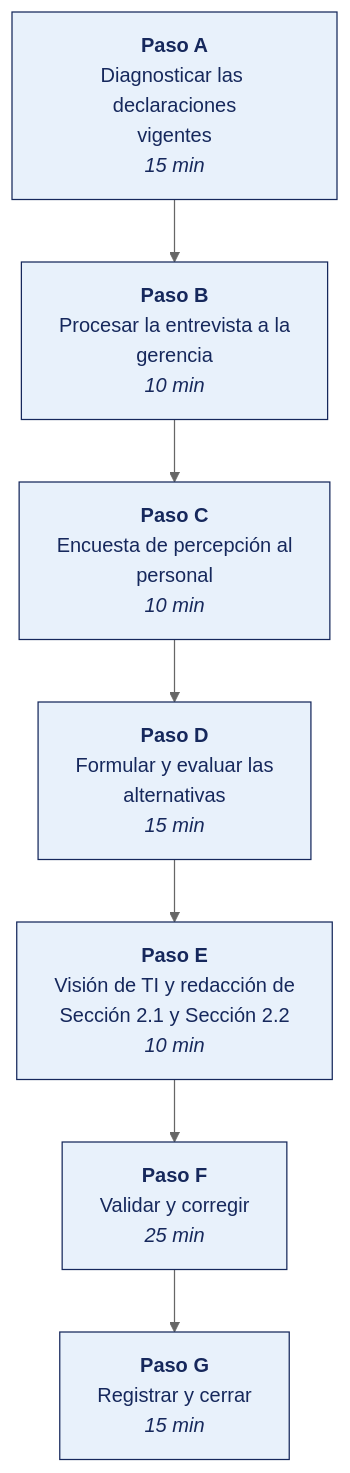
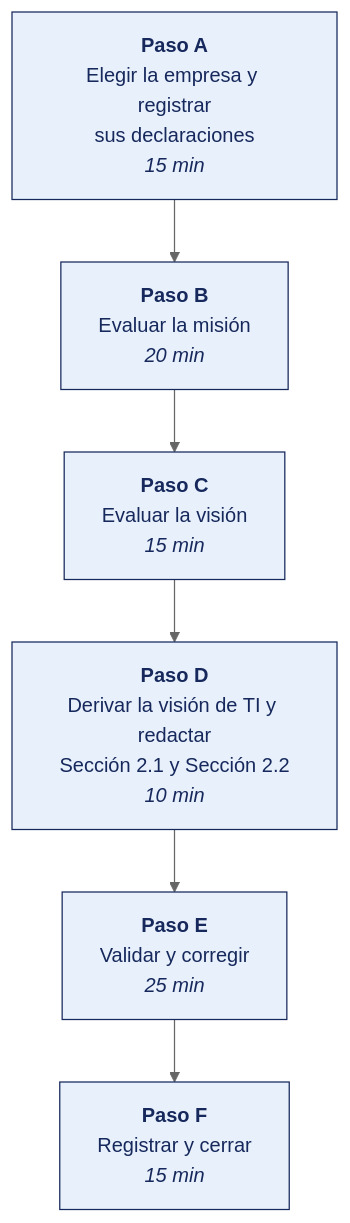
One commit to OscarJimenezFlores/PETI changed the diagram in SEMANA-04/3-TALLER.md. Above: the diagram before and after it, drawn with Mermaid (neutral theme). The commit also changed other lines of this file and 3 other files, not shown here.

````diff
--- a/SEMANA-04/3-TALLER.md
+++ b/SEMANA-04/3-TALLER.md
@@ -13,13 +13,12 @@
 ```mermaid
 flowchart TD
-    PA["<b>Paso A</b><br/>Diagnosticar las declaraciones<br/>vigentes<br/><i>15 min</i>"]
-    PB["<b>Paso B</b><br/>Procesar la entrevista a la<br/>gerencia<br/><i>10 min</i>"]
-    PC["<b>Paso C</b><br/>Encuesta de percepción al<br/>personal<br/><i>10 min</i>"]
-    PD["<b>Paso D</b><br/>Formular y evaluar las<br/>alternativas<br/><i>15 min</i>"]
-    PE["<b>Paso E</b><br/>Visión de TI y redacción de<br/>Sección 2.1 y Sección 2.2<br/><i>10 min</i>"]
-    PF["<b>Paso F</b><br/>Validar y corregir<br/><i>25 min</i>"]
-    PG["<b>Paso G</b><br/>Registrar y cerrar<br/><i>15 min</i>"]
-    PA --> PB --> PC --> PD --> PE --> PF --> PG
+    PA["<b>Paso A</b><br/>Elegir la empresa y registrar<br/>sus declaraciones<br/><i>15 min</i>"]
+    PB["<b>Paso B</b><br/>Evaluar la misión<br/><i>20 min</i>"]
+    PC["<b>Paso C</b><br/>Evaluar la visión<br/><i>15 min</i>"]
+    PD["<b>Paso D</b><br/>Derivar la visión de TI y redactar<br/>Sección 2.1 y Sección 2.2<br/><i>10 min</i>"]
+    PE["<b>Paso E</b><br/>Validar y corregir<br/><i>25 min</i>"]
+    PF["<b>Paso F</b><br/>Registrar y cerrar<br/><i>15 min</i>"]
+    PA --> PB --> PC --> PD --> PE --> PF
     classDef paso fill:#E8F1FB,stroke:#16285C,stroke-width:1px,color:#16285C;
-    class PA,PB,PC,PD,PE,PF,PG paso;
+    class PA,PB,PC,PD,PE,PF paso;
 ```
````
